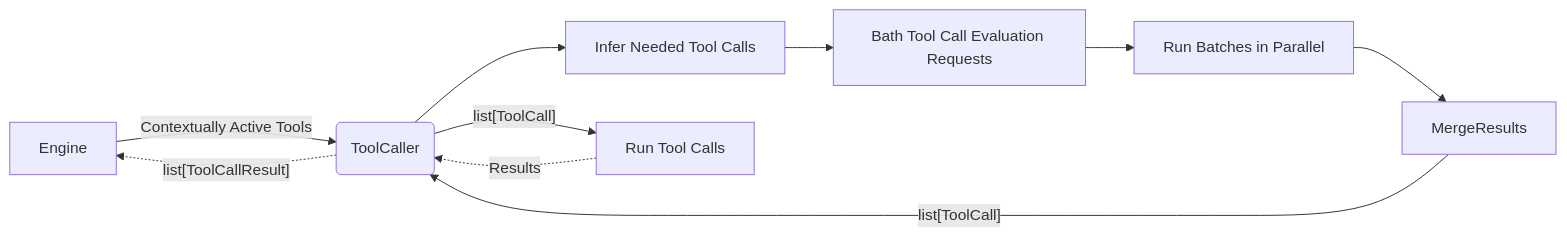
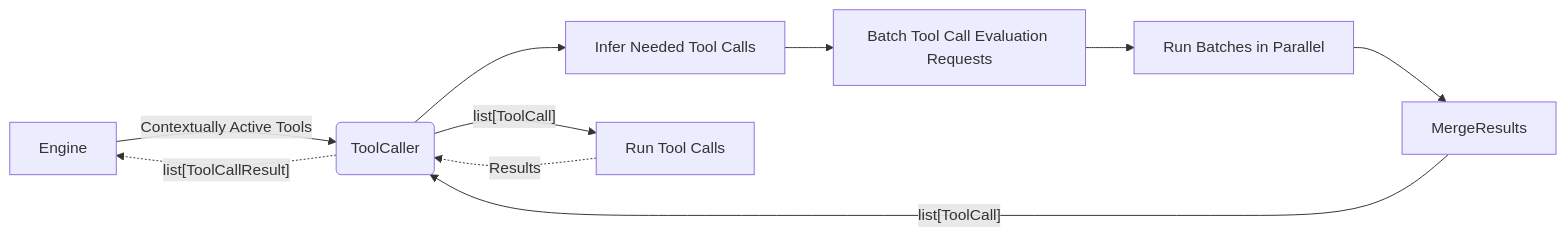
The fourth of 5 diagrams in docs/engine_lifecycle.md (jmanhype/parlant), drawn with Mermaid before and after one commit.

````diff
--- a/docs/engine_lifecycle.md
+++ b/docs/engine_lifecycle.md
@@ -73,7 +73,7 @@
 ```mermaid
 graph LR
     Engine -->|Contextually Active Tools| TC(ToolCaller)
-    TC --> Infer[Infer Needed Tool Calls] --> Batch[Bath Tool Call Evaluation Requests] --> Run[Run Batches in Parallel] --> MergeResults -->|"list[ToolCall]"| TC
+    TC --> Infer[Infer Needed Tool Calls] --> Batch[Batch Tool Call Evaluation Requests] --> Run[Run Batches in Parallel] --> MergeResults -->|"list[ToolCall]"| TC
     TC -->|"list[ToolCall]"| RunTools[Run Tool Calls] -.->|Results| TC
     TC -.->|"list[ToolCallResult]"| Engine
 ```
````
